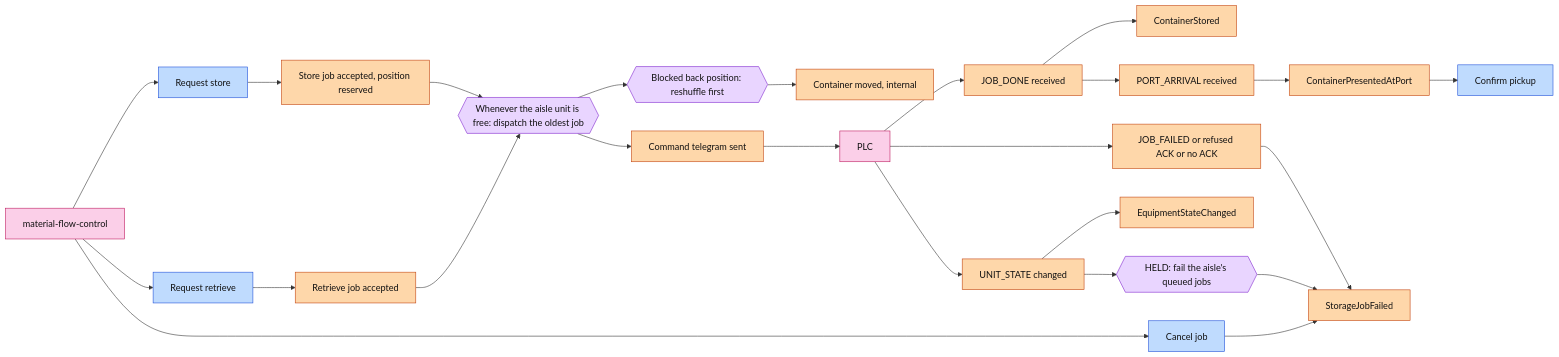
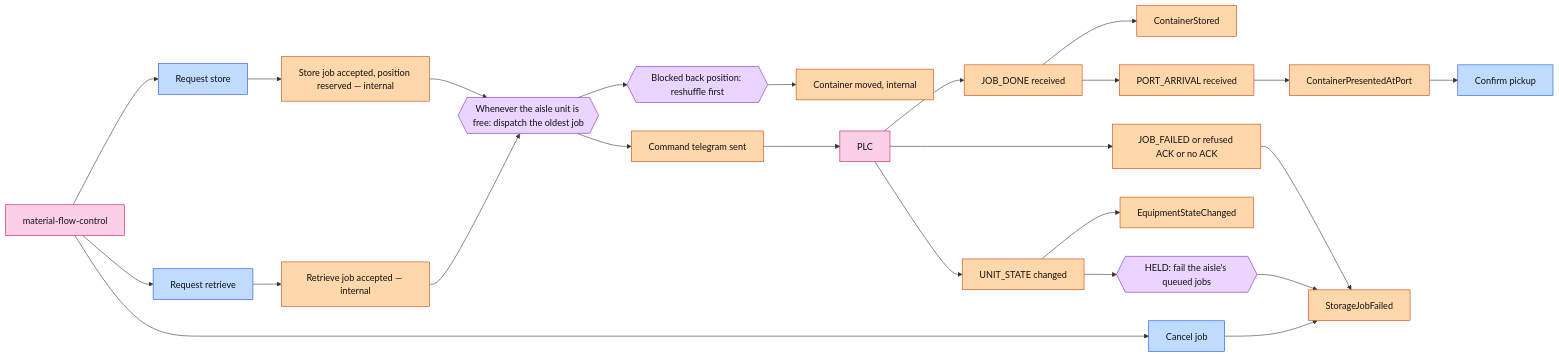
The diagram in docs/docs/ddd/eventstorming.md (IQVO/asrs-control), drawn with Mermaid before and after one commit.

Commit message:
docs(ddd): acceptance raises no event — mark the two stickies internal
The eventstorming diagram styled store/retrieve acceptance like the published
facts next to them, but nothing leaves the context on acceptance: only
ContainerStored, ContainerPresentedAtPort and StorageJobFailed are ever
published; reservations and rack positions stay inside (invariant 6). Found by
the landing-page board validation drift hunt.

````diff
--- a/docs/docs/ddd/eventstorming.md
+++ b/docs/docs/ddd/eventstorming.md
@@ -13,20 +13,20 @@
 ```mermaid
 flowchart LR
   classDef cmd fill:#bfdbfe,stroke:#1d4ed8,color:#111
   classDef evt fill:#fed7aa,stroke:#c2410c,color:#111
   classDef pol fill:#e9d5ff,stroke:#7e22ce,color:#111
   classDef ext fill:#fbcfe8,stroke:#be185d,color:#111
-  MFC[material-flow-control]:::ext --> RS[Request store]:::cmd --> JA[Store job accepted, position reserved]:::evt
-  MFC --> RR[Request retrieve]:::cmd --> RA[Retrieve job accepted]:::evt
+  MFC[material-flow-control]:::ext --> RS[Request store]:::cmd --> JA[Store job accepted, position reserved — internal]:::evt
+  MFC --> RR[Request retrieve]:::cmd --> RA[Retrieve job accepted — internal]:::evt
   JA --> SP{{Whenever the aisle unit is free: dispatch the oldest job}}:::pol
   RA --> SP
   SP --> BL{{Blocked back position: reshuffle first}}:::pol --> MV[Container moved, internal]:::evt
   SP --> DT[Command telegram sent]:::evt --> PLC[PLC]:::ext
   PLC --> JD[JOB_DONE received]:::evt
   JD --> CS[ContainerStored]:::evt
   JD --> PA[PORT_ARRIVAL received]:::evt --> CP[ContainerPresentedAtPort]:::evt --> PU[Confirm pickup]:::cmd
   PLC --> JF[JOB_FAILED or refused ACK or no ACK]:::evt --> SF[StorageJobFailed]:::evt
   PLC --> US[UNIT_STATE changed]:::evt --> EC[EquipmentStateChanged]:::evt
   US --> HP{{HELD: fail the aisle's queued jobs}}:::pol --> SF
   MFC --> CN[Cancel job]:::cmd --> SF
 ```
````
